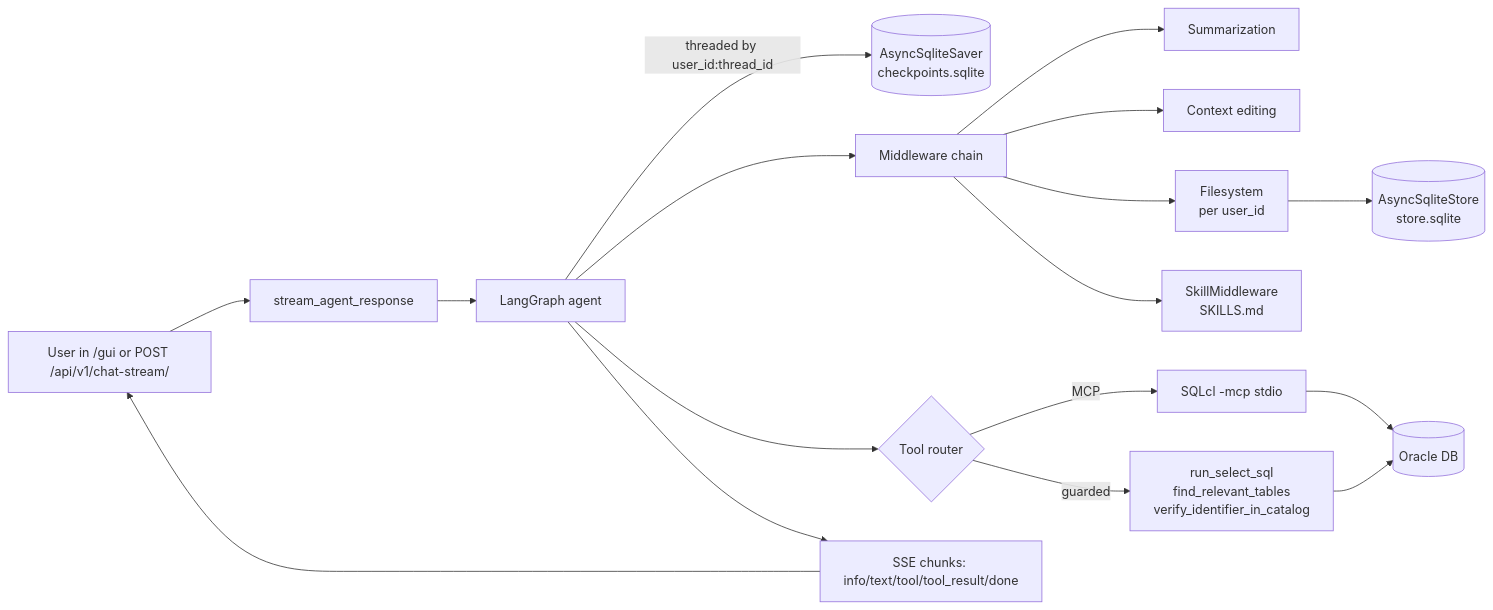
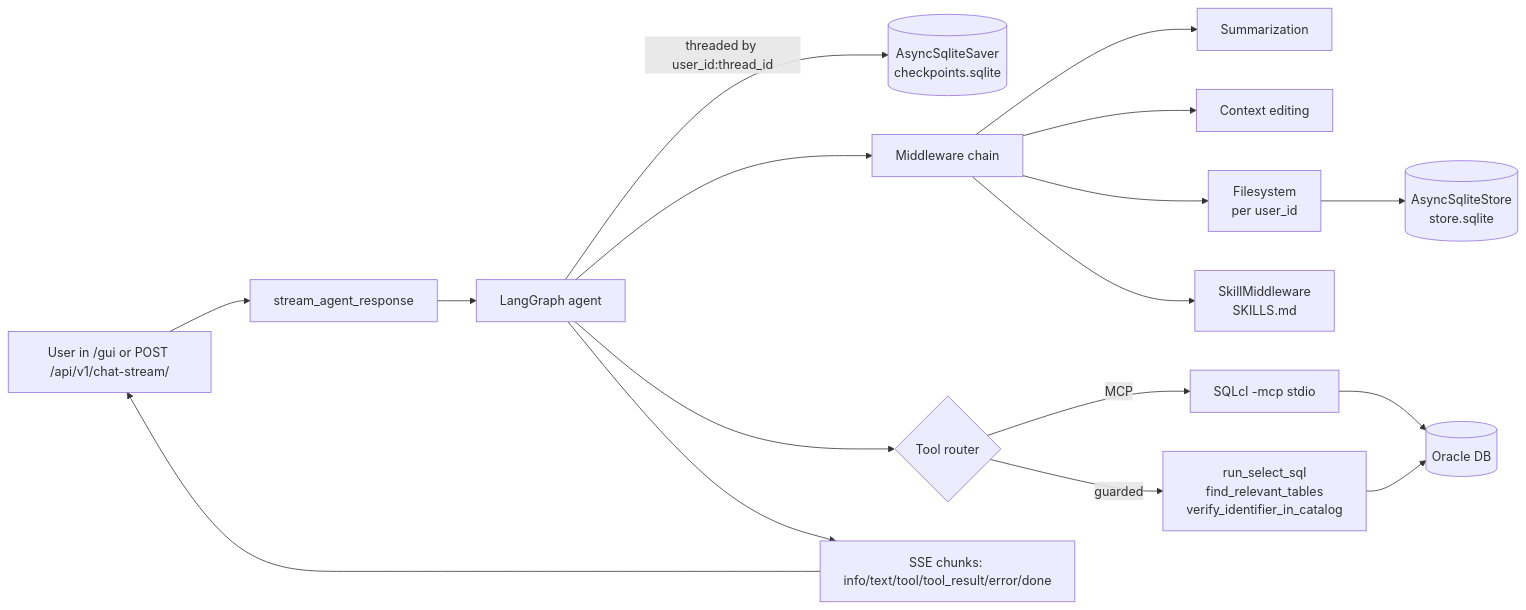
Before and after one commit to furbygaete/nl2sql-agent: the diagram in README.md, drawn with Mermaid. The commit also changed other lines of this file and 28 other files, not shown here.

````diff
--- a/README.md
+++ b/README.md
@@ -417,19 +9,19 @@
 ```mermaid
 flowchart LR
   U[User in /gui or POST /api/v1/chat-stream/] --> Stream[stream_agent_response]
   Stream --> Agent[LangGraph agent]
   Agent -->|threaded by user_id:thread_id| Saver[(AsyncSqliteSaver<br/>checkpoints.sqlite)]
   Agent --> Mid[Middleware chain]
   Mid --> Sum[Summarization]
   Mid --> Edit[Context editing]
   Mid --> FS[Filesystem<br/>per user_id]
   FS --> Store[(AsyncSqliteStore<br/>store.sqlite)]
   Mid --> Skills[SkillMiddleware<br/>SKILLS.md]
   Agent --> Tools{Tool router}
   Tools -->|MCP| SQLcl[SQLcl -mcp stdio]
   SQLcl --> Oracle[(Oracle DB)]
   Tools -->|guarded| Safe[run_select_sql<br/>find_relevant_tables<br/>verify_identifier_in_catalog]
   Safe --> Oracle
-  Agent --> SSE[SSE chunks: info/text/tool/tool_result/done]
+  Agent --> SSE[SSE chunks: info/text/tool/tool_result/error/done]
   SSE --> U
 ```
````
